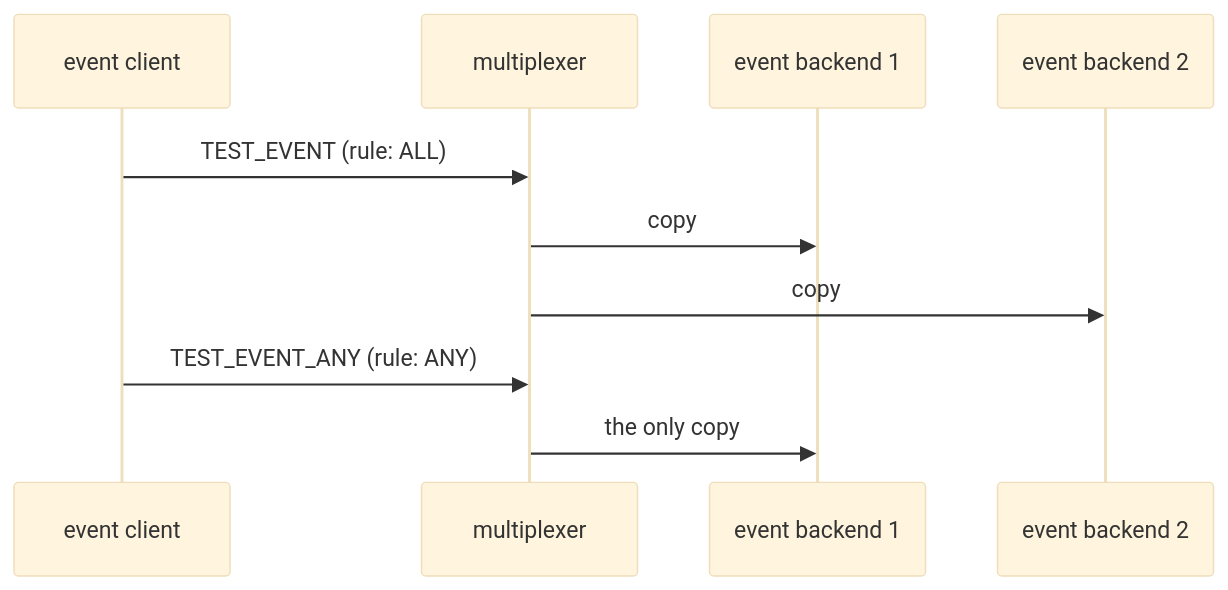
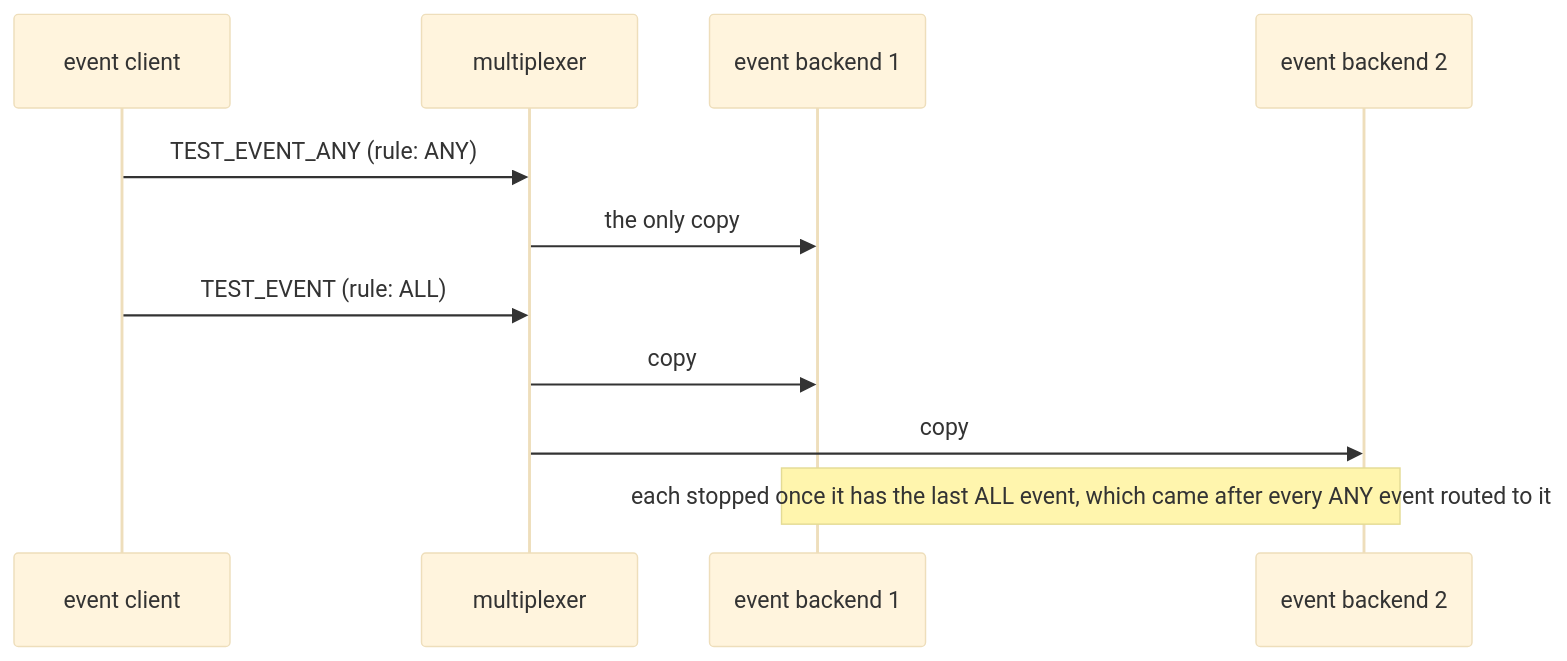
Before and after one commit to kulewski/multiplexer: the diagram in tests/scenarios/any_vs_all/README.md, drawn with Mermaid (base theme). The commit also changed other lines of this file and 40 other files, not shown here.

````diff
--- a/tests/scenarios/any_vs_all/README.md
+++ b/tests/scenarios/any_vs_all/README.md
@@ -7,12 +7,13 @@
 ```mermaid
 sequenceDiagram
     participant S as event client
     participant M as multiplexer
     participant L1 as event backend 1
     participant L2 as event backend 2
+    S->>M: TEST_EVENT_ANY (rule: ANY)
+    M->>L1: the only copy
     S->>M: TEST_EVENT (rule: ALL)
     M->>L1: copy
     M->>L2: copy
-    S->>M: TEST_EVENT_ANY (rule: ANY)
-    M->>L1: the only copy
+    Note over L1,L2: each stopped once it has the last ALL event, which came after every ANY event routed to it
 ```
````
